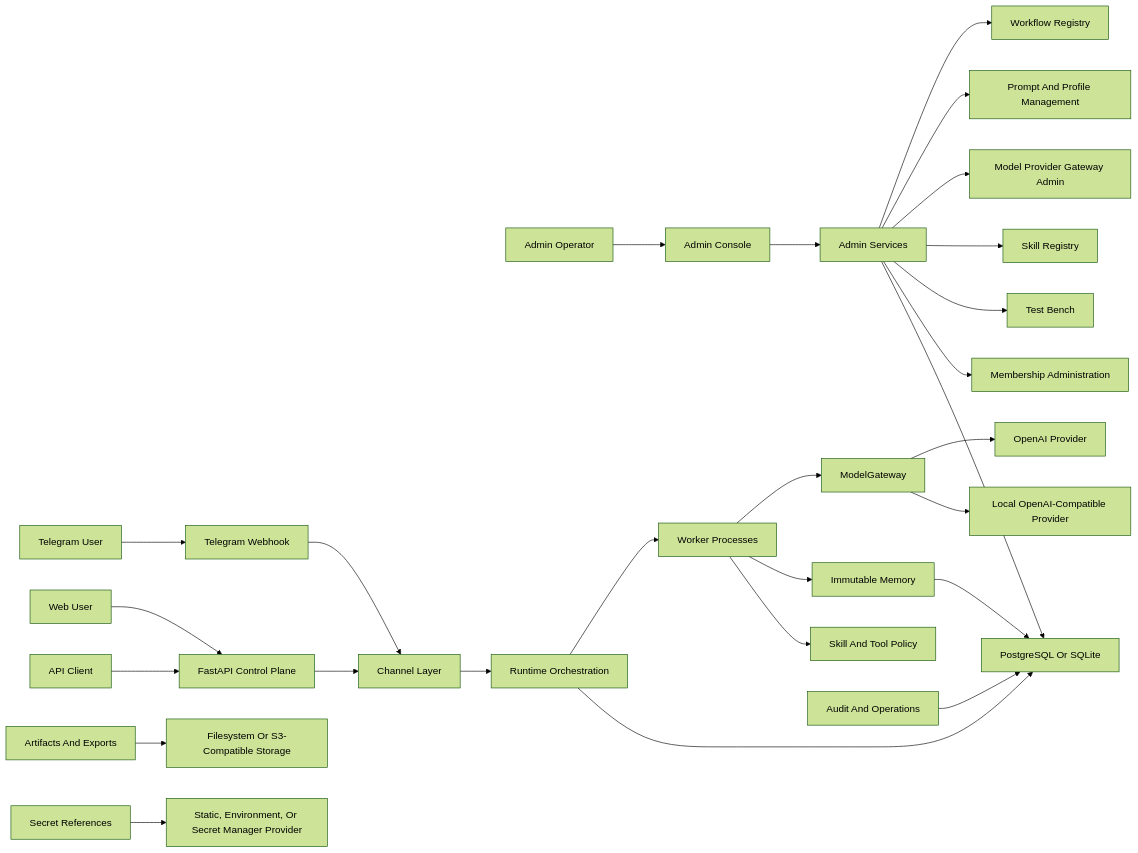
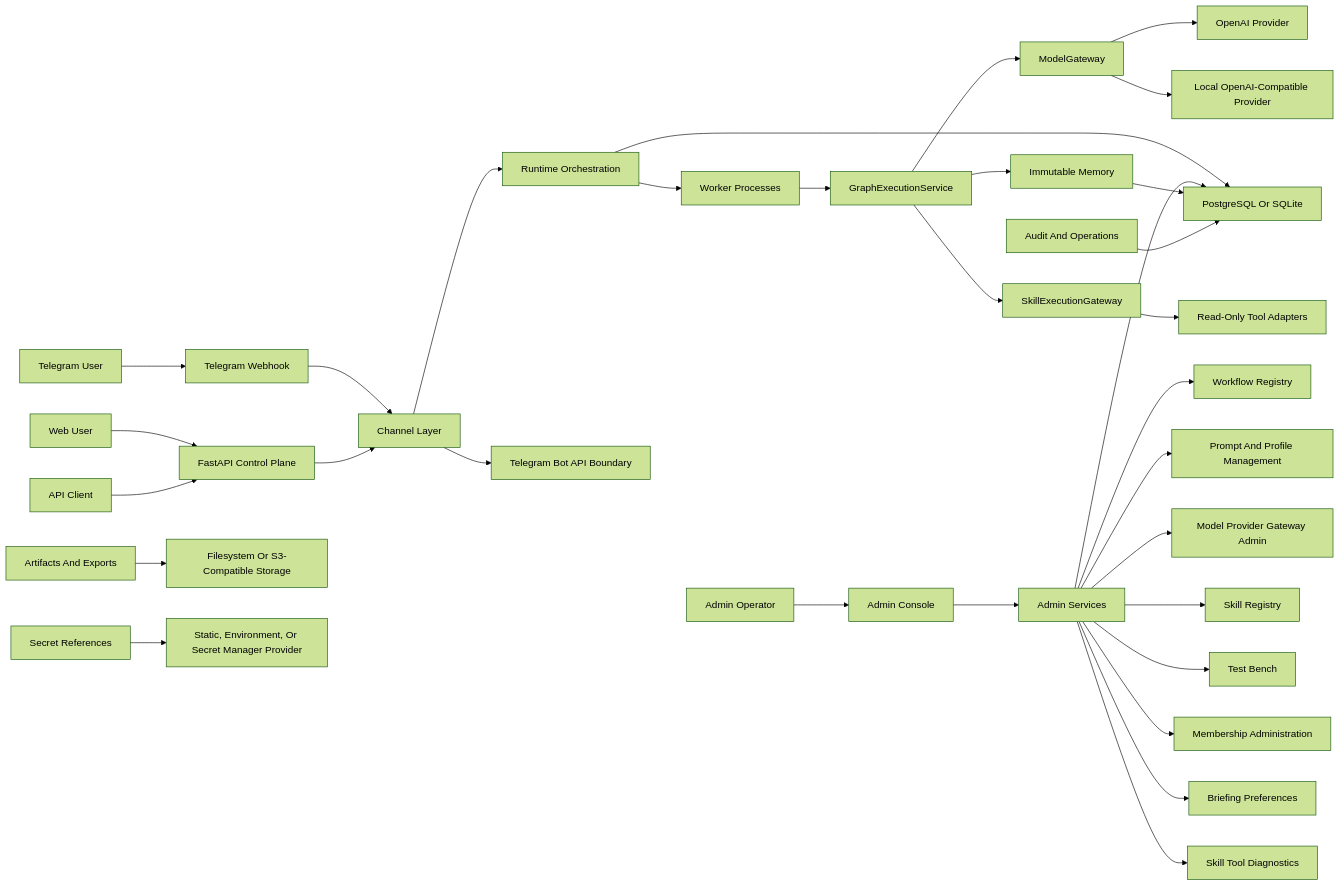
Before and after one commit to scott5252/multi-agent: the first of 35 diagrams in system_architecture.md, drawn with Mermaid (forest theme). The commit also changed other lines of this file and 6 other files, not shown here.

````diff
--- a/system_architecture.md
+++ b/system_architecture.md
@@ -50,34 +57,39 @@
 ```mermaid
 flowchart LR
     f1n1["Web User"] --> f1n2["FastAPI Control Plane"]
     f1n3["API Client"] --> f1n2["FastAPI Control Plane"]
     f1n4["Telegram User"] --> f1n5["Telegram Webhook"]
     f1n6["Admin Operator"] --> f1n7["Admin Console"]
 
     f1n5["Telegram Webhook"] --> f1n8["Channel Layer"]
     f1n2["FastAPI Control Plane"] --> f1n8["Channel Layer"]
     f1n7["Admin Console"] --> f1n9["Admin Services"]
 
     f1n8["Channel Layer"] --> f1n10["Runtime Orchestration"]
     f1n9["Admin Services"] --> f1n11["Workflow Registry"]
     f1n9["Admin Services"] --> f1n12["Prompt And Profile Management"]
     f1n9["Admin Services"] --> f1n13["Model Provider Gateway Admin"]
     f1n9["Admin Services"] --> f1n14["Skill Registry"]
     f1n9["Admin Services"] --> f1n15["Test Bench"]
     f1n9["Admin Services"] --> f1n28["Membership Administration"]
+    f1n9["Admin Services"] --> f1n29["Briefing Preferences"]
+    f1n9["Admin Services"] --> f1n30["Skill Tool Diagnostics"]
 
     f1n10["Runtime Orchestration"] --> f1n16["Worker Processes"]
-    f1n16["Worker Processes"] --> f1n17["ModelGateway"]
-    f1n16["Worker Processes"] --> f1n18["Immutable Memory"]
-    f1n16["Worker Processes"] --> f1n19["Skill And Tool Policy"]
+    f1n16["Worker Processes"] --> f1n31["GraphExecutionService"]
+    f1n31["GraphExecutionService"] --> f1n17["ModelGateway"]
+    f1n31["GraphExecutionService"] --> f1n18["Immutable Memory"]
+    f1n31["GraphExecutionService"] --> f1n19["SkillExecutionGateway"]
 
     f1n17["ModelGateway"] --> f1n20["OpenAI Provider"]
     f1n17["ModelGateway"] --> f1n21["Local OpenAI-Compatible Provider"]
+    f1n19["SkillExecutionGateway"] --> f1n32["Read-Only Tool Adapters"]
+    f1n8["Channel Layer"] --> f1n33["Telegram Bot API Boundary"]
 
     f1n10["Runtime Orchestration"] --> f1n22["PostgreSQL Or SQLite"]
     f1n9["Admin Services"] --> f1n22["PostgreSQL Or SQLite"]
     f1n18["Immutable Memory"] --> f1n22["PostgreSQL Or SQLite"]
     f1n23["Audit And Operations"] --> f1n22["PostgreSQL Or SQLite"]
     f1n24["Artifacts And Exports"] --> f1n25["Filesystem Or S3-Compatible Storage"]
     f1n26["Secret References"] --> f1n27["Static, Environment, Or Secret Manager Provider"]
 ```
````
